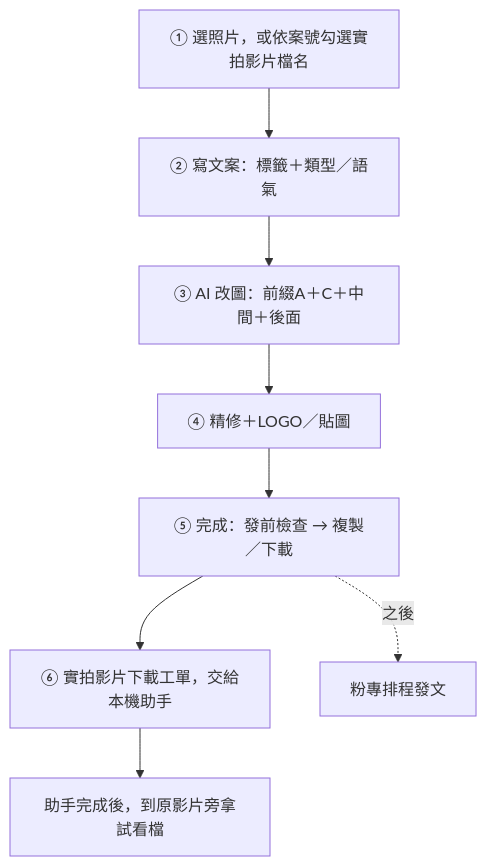
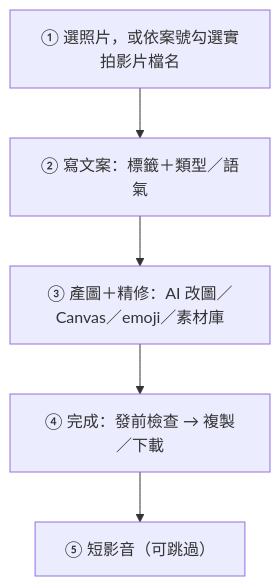
One commit to nephi4377/liff-checkin changed the diagram in SPEC/21_FB_POST_STUDIO_SPEC.md. Above: the diagram before and after it, drawn with Mermaid. The commit also changed other lines of this file and 2 other files, not shown here.

````diff
--- a/SPEC/21_FB_POST_STUDIO_SPEC.md
+++ b/SPEC/21_FB_POST_STUDIO_SPEC.md
@@ -35,10 +35,7 @@
 ```mermaid
 flowchart TB
   S1["① 選照片，或依案號勾選實拍影片檔名"] --> S2["② 寫文案：標籤＋類型／語氣"]
-  S2 --> S3["③ AI 改圖：前綴A＋C＋中間＋後面"]
-  S3 --> S4["④ 精修＋LOGO／貼圖"]
-  S4 --> S5["⑤ 完成：發前檢查 → 複製／下載"]
-  S5 --> S6["⑥ 實拍影片下載工單，交給本機助手"]
-  S6 --> S7["助手完成後，到原影片旁拿試看檔"]
-  S5 -.->|"之後"| Schedule["粉專排程發文"]
+  S2 --> S3["③ 產圖＋精修：AI 改圖／Canvas／emoji／素材庫"]
+  S3 --> S4["④ 完成：發前檢查 → 複製／下載"]
+  S4 --> S5["⑤ 短影音（可跳過）"]
 ```
````
